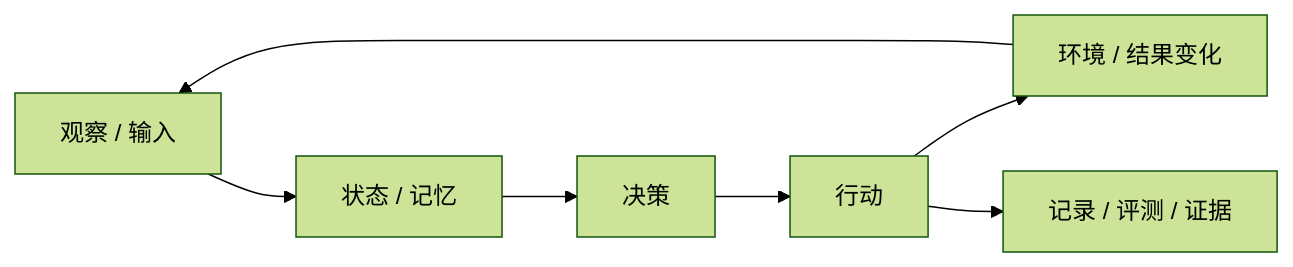
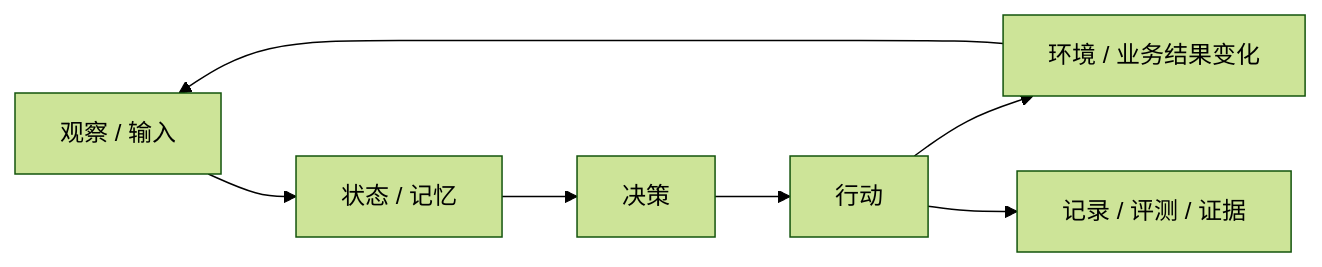
One commit to destiny520537work-lab/fate-workskills changed the diagram in skills/essence-extractor/SKILL.md. Above: the diagram before and after it, drawn with Mermaid (forest theme). The commit also changed other lines of this file and 7 other files, not shown here.

````diff
--- a/skills/essence-extractor/SKILL.md
+++ b/skills/essence-extractor/SKILL.md
@@ -37,9 +53,9 @@
 ```mermaid
 flowchart LR
     A["观察 / 输入"] --> B["状态 / 记忆"]
     B --> C["决策"]
     C --> D["行动"]
-    D --> E["环境 / 结果变化"]
+    D --> E["环境 / 业务结果变化"]
     E --> A
     D --> F["记录 / 评测 / 证据"]
 ```
````
